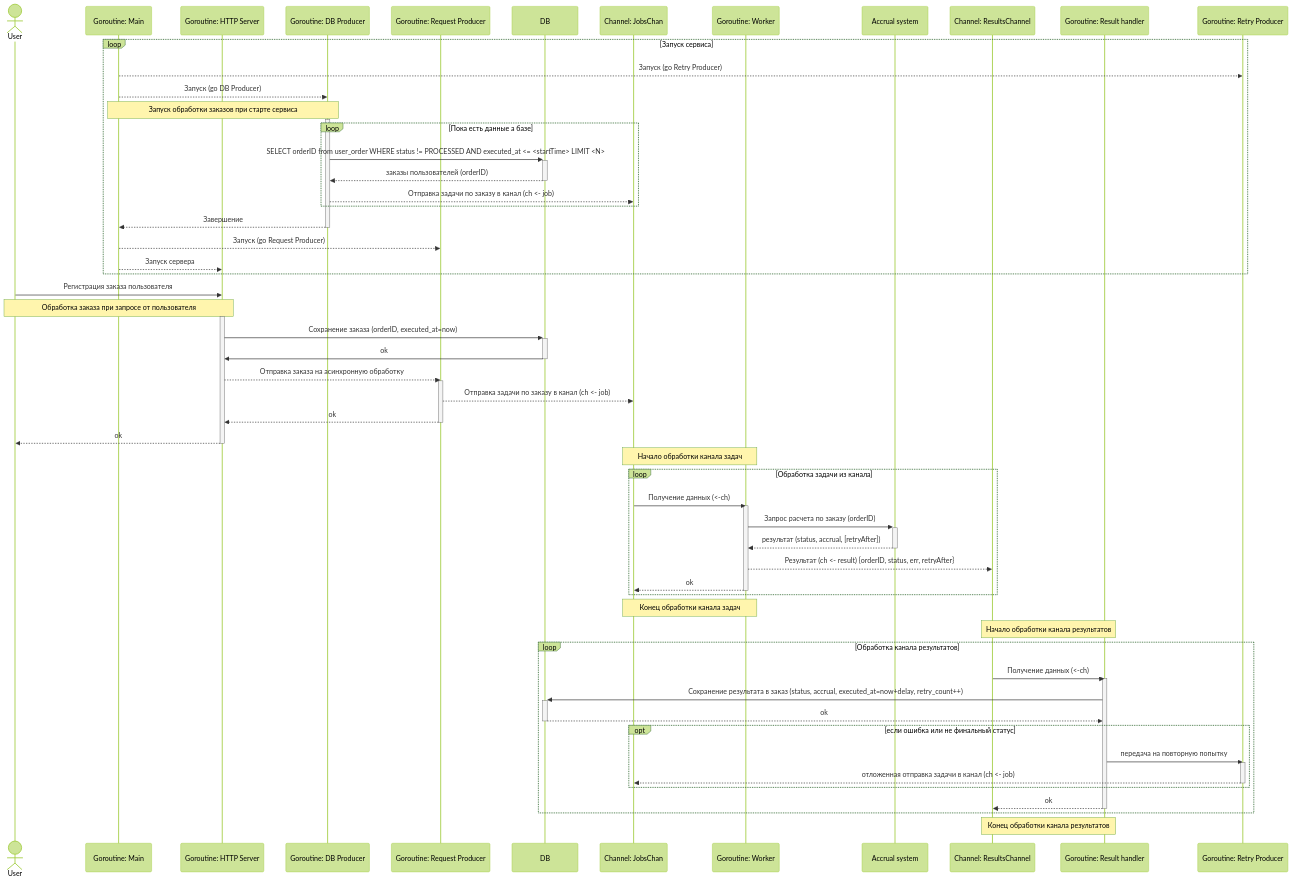
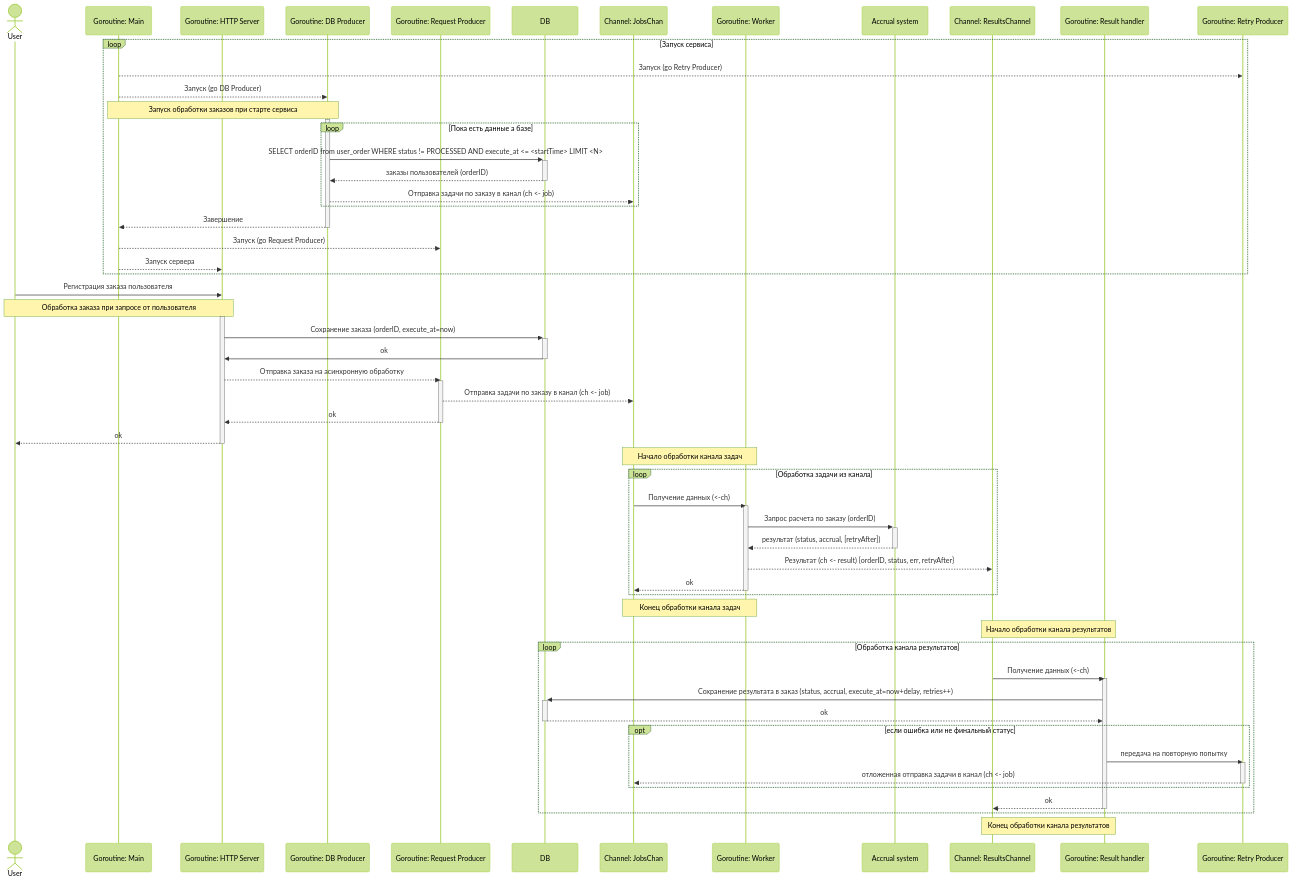
One commit to liebeSonne/gophermart changed the diagram in docs/AsyncSequence.mmd. Above: the diagram before and after it, drawn with Mermaid (forest theme). The commit also changed 2 other files, not shown here.

Commit message:
v1 - добавил миграции с добавлением даты запуска и количеством попыток

```diff
--- a/docs/AsyncSequence.mmd
+++ b/docs/AsyncSequence.mmd
@@ -1,73 +1,73 @@
 sequenceDiagram
     actor User as User
     participant Main as Goroutine: Main
     participant Server as Goroutine: HTTP Server
     participant PDB as Goroutine: DB Producer
     participant PRequest as Goroutine: Request Producer
     participant DB as DB
     participant JobsCh as Channel: JobsChan
     participant Worker as Goroutine: Worker
     participant Accrual as Accrual system
     participant ResultCh as Channel: ResultsChannel
     participant ResultHandler as Goroutine: Result handler
     participant PRetry as Goroutine: Retry Producer
 
     loop Запуск сервиса
         Main-->>PRetry: Запуск (go Retry Producer)
         Main-->>PDB: Запуск (go DB Producer)
         Note over Main,PDB: Запуск обработки заказов при старте сервиса
         activate PDB
             loop Пока есть данные а базе
-                %% Выборка заказов, с лимитом на один запрос, в не завершенном статусе с executed_at меньше даты старта
-                PDB->>+DB: SELECT orderID from user_order WHERE status != PROCESSED AND executed_at <= <startTime> LIMIT <N>
+                %% Выборка заказов, с лимитом на один запрос, в не завершенном статусе с execute_at меньше даты старта
+                PDB->>+DB: SELECT orderID from user_order WHERE status != PROCESSED AND execute_at <= <startTime> LIMIT <N>
                 DB-->>-PDB: заказы пользователей (orderID)
                 PDB-->>JobsCh: Отправка задачи по заказу в канал (ch <- job)
             end
         PDB-->>Main: Завершение
         deactivate PDB
         Main-->>PRequest: Запуск (go Request Producer)
         Main-->>Server: Запуск сервера
     end
 
     User->>Server: Регистрация заказа пользователя
     Note over User,Server: Обработка заказа при запросе от пользователя
     activate Server
-        Server->>+DB: Сохранение заказа (orderID, executed_at=now)
+        Server->>+DB: Сохранение заказа (orderID, execute_at=now)
         DB->>-Server: ok
         Server-->>PRequest: Отправка заказа на асинхронную обработку
         activate PRequest
             PRequest-->>JobsCh: Отправка задачи по заказу в канал (ch <- job)
             PRequest-->>Server: ok
         deactivate PRequest
         Server-->>User: ok
     deactivate Server
 
 
     Note over JobsCh, Worker: Начало обработки канала задач
     loop Обработка задачи из канала
         JobsCh->>Worker: Получение данных (<-ch)
         activate Worker
             Worker->>+Accrual: Запрос расчета по заказу (orderID)
             Accrual-->>-Worker: результат (status, accrual, [retryAfter])
             Worker-->>ResultCh: Результат (ch <- result) {orderID, status, err, retryAfter}
             Worker-->>JobsCh: ok
         deactivate Worker
     end
     Note over JobsCh, Worker: Конец обработки канала задач
 
     Note over ResultCh, ResultHandler: Начало обработки канала результатов
     loop Обработка канала результатов
         ResultCh->>ResultHandler: Получение данных (<-ch)
         activate ResultHandler
-            ResultHandler->>+DB: Сохранение результата в заказ (status, accrual, executed_at=now+delay, retry_count++)
+            ResultHandler->>+DB: Сохранение результата в заказ (status, accrual, execute_at=now+delay, retries++)
             DB-->>-ResultHandler: ok
             opt если ошибка или не финальный статус
                 ResultHandler->>PRetry: передача на повторную попытку
                 activate PRetry
                 PRetry-->>JobsCh: отложенная отправка задачи в канал (ch <- job)
                 deactivate PRetry
             end
         ResultHandler-->>ResultCh: ok
         deactivate ResultHandler
     end
     Note over ResultCh, ResultHandler: Конец обработки канала результатов
```
